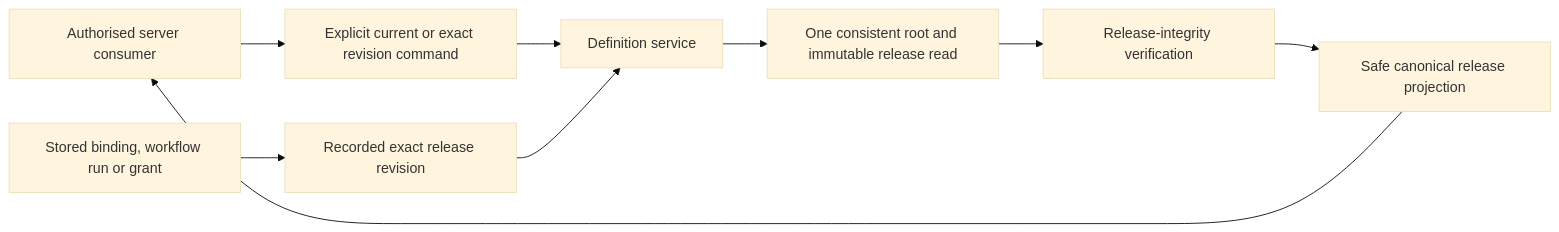
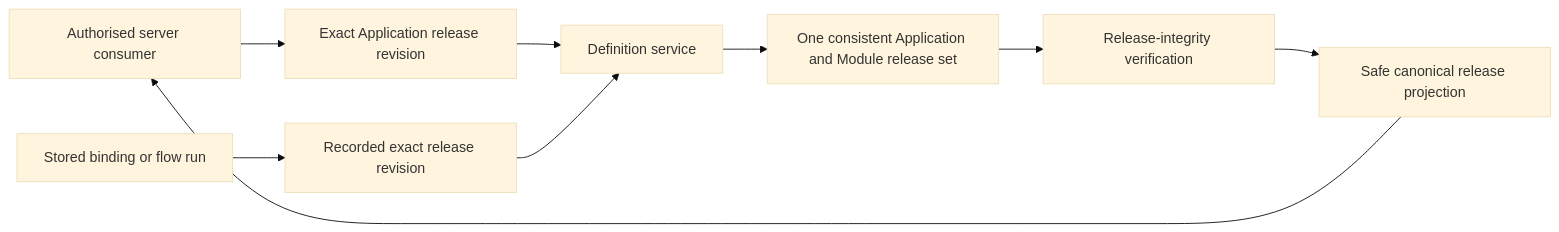
One commit to Abzum-NZ/Abzum-Vortex changed the fourth of 7 diagrams in docs/specification/03-composition-and-publication.md. Above: the diagram before and after it, drawn with Mermaid (base theme). The commit also changed other lines of this file and 73 other files, not shown here.

````diff
--- a/docs/specification/03-composition-and-publication.md
+++ b/docs/specification/03-composition-and-publication.md
@@ -113,11 +113,11 @@
 ```mermaid
 flowchart LR
-    C[Authorised server consumer] --> R[Explicit current or exact revision command]
+    C[Authorised server consumer] --> R[Exact Application release revision]
     R --> D[Definition service]
-    D --> S[One consistent root and immutable release read]
+    D --> S[One consistent Application and Module release set]
     S --> V[Release-integrity verification]
     V --> P[Safe canonical release projection]
     P --> C
-    X[Stored binding, workflow run or grant] --> E[Recorded exact release revision]
+    X[Stored binding or flow run] --> E[Recorded exact release revision]
     E --> D
 ```
````
